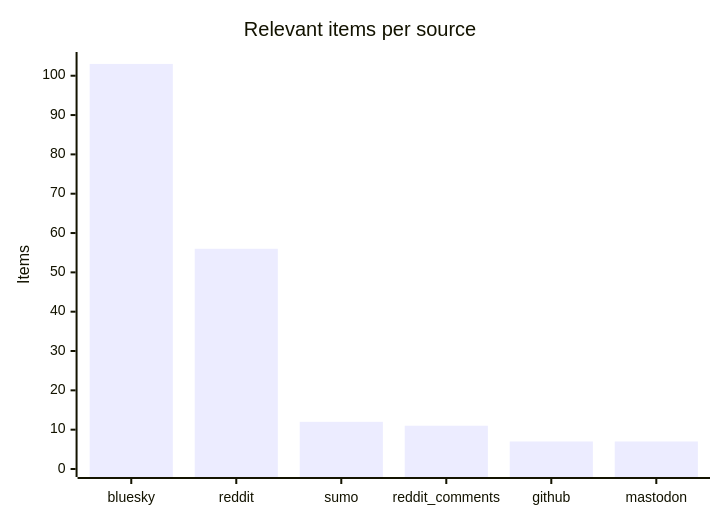
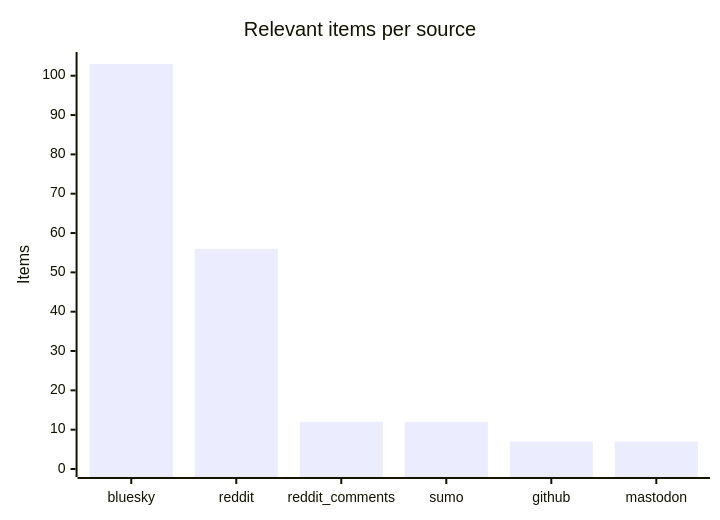
The third of 4 diagrams in README.md (martinbalfanz/social-scanner-reports), drawn with Mermaid before and after one commit. The commit also changed other lines of this file and 2 other files, not shown here.

````diff
--- a/README.md
+++ b/README.md
@@ -48,7 +48,7 @@
 ```mermaid
 xychart-beta
     title "Relevant items per source"
-    x-axis ["bluesky", "reddit", "sumo", "reddit_comments", "github", "mastodon"]
+    x-axis ["bluesky", "reddit", "reddit_comments", "sumo", "github", "mastodon"]
     y-axis "Items" 0 --> 104
-    bar [103, 56, 12, 11, 7, 7]
+    bar [103, 56, 12, 12, 7, 7]
 ```
````
